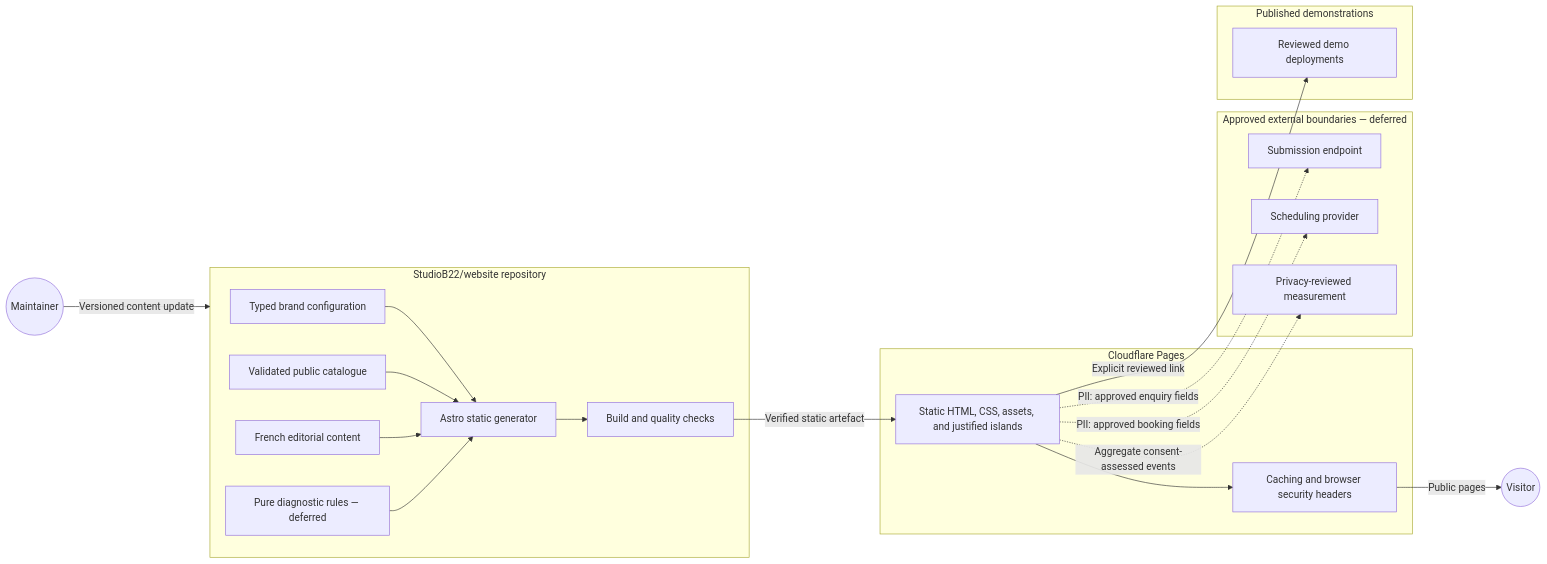
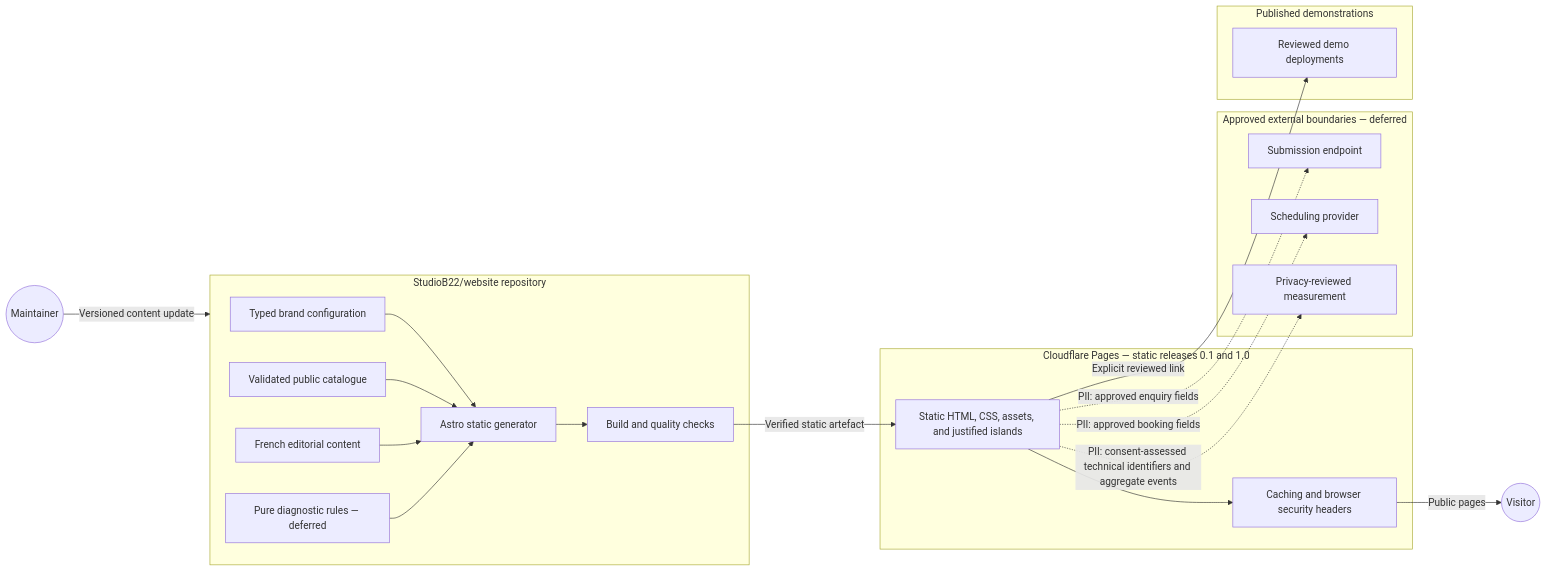
Before and after one commit to StudioB22/website: the diagram in docs/architecture/diagrams/public-website/02-component.md, drawn with Mermaid. The commit also changed other lines of this file and 16 other files, not shown here.

Commit message:
docs(architecture): resolve conception review findings

````diff
--- a/docs/architecture/diagrams/public-website/02-component.md
+++ b/docs/architecture/diagrams/public-website/02-component.md
@@ -16,44 +16,44 @@
 ```mermaid
 flowchart LR
   Maintainer(("Maintainer"))
   Visitor(("Visitor"))
 
   subgraph Repository ["StudioB22/website repository"]
     Brand["Typed brand configuration"]
     Catalogue["Validated public catalogue"]
     Content["French editorial content"]
     Rules["Pure diagnostic rules — deferred"]
     Generator["Astro static generator"]
     Checks["Build and quality checks"]
 
     Brand --> Generator
     Catalogue --> Generator
     Content --> Generator
     Rules --> Generator
     Generator --> Checks
   end
 
-  subgraph Delivery ["Cloudflare Pages"]
+  subgraph Delivery ["Cloudflare Pages — static releases 0.1 and 1.0"]
     StaticSite["Static HTML, CSS, assets, and justified islands"]
     Headers["Caching and browser security headers"]
     StaticSite --> Headers
   end
 
   subgraph External ["Approved external boundaries — deferred"]
     Submission["Submission endpoint"]
     Scheduling["Scheduling provider"]
     Measurement["Privacy-reviewed measurement"]
   end
 
   subgraph Showcases ["Published demonstrations"]
     Demo["Reviewed demo deployments"]
   end
 
   Maintainer -->|"Versioned content update"| Repository
   Checks -->|"Verified static artefact"| StaticSite
   Headers -->|"Public pages"| Visitor
   StaticSite -.->|"PII: approved enquiry fields"| Submission
   StaticSite -.->|"PII: approved booking fields"| Scheduling
-  StaticSite -.->|"Aggregate consent-assessed events"| Measurement
+  StaticSite -.->|"PII: consent-assessed technical identifiers and aggregate events"| Measurement
   StaticSite -->|"Explicit reviewed link"| Demo
 ```
````
